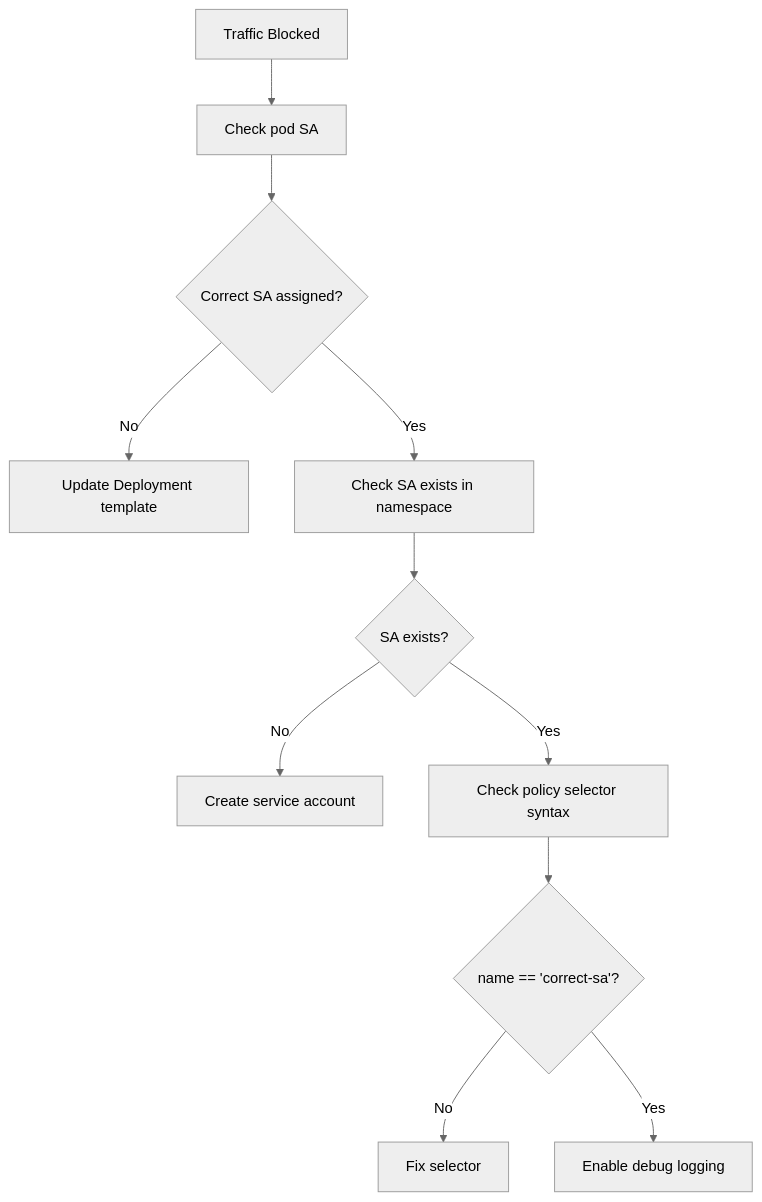
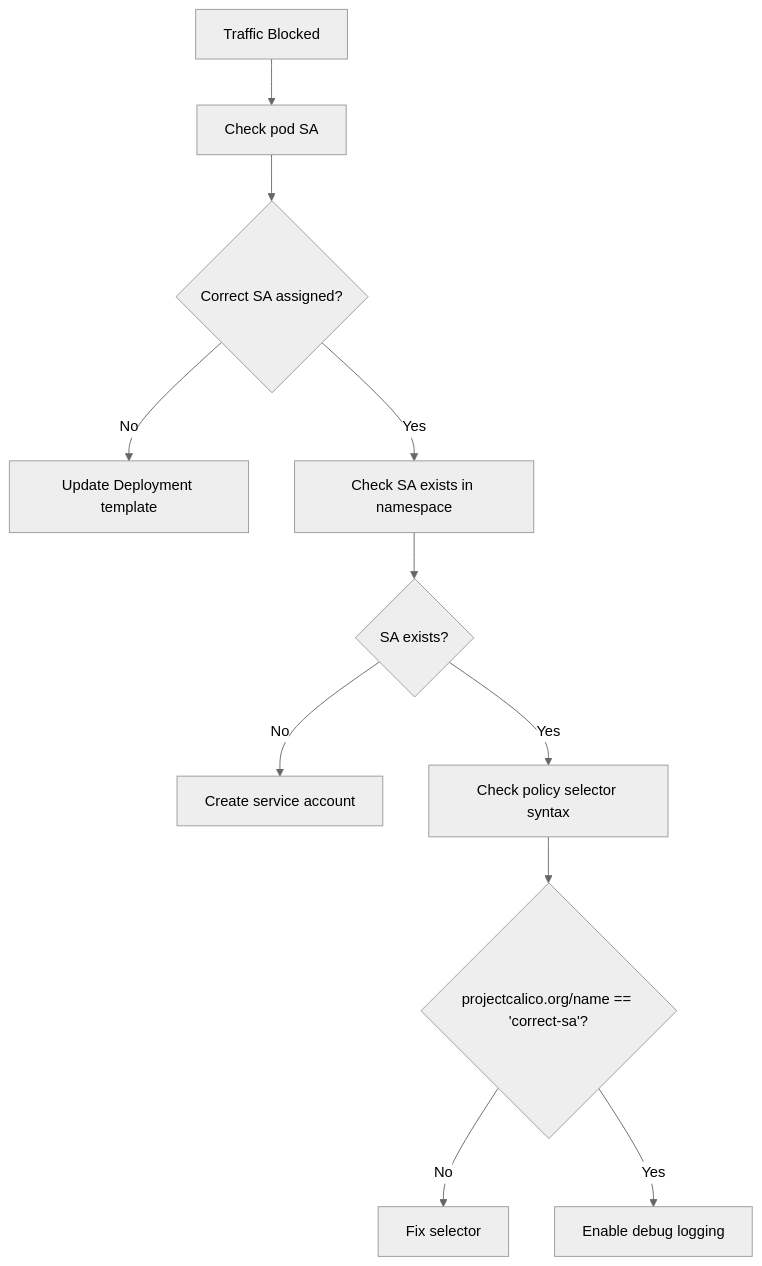
The diagram in posts/2026-03-13-debug-service-account-policies-calico-blocked/README.md (OneUptime/blog), drawn with Mermaid (neutral theme) before and after one commit. The commit also changed other lines of this file and 2 other files, not shown here.

````diff
--- a/posts/2026-03-13-debug-service-account-policies-calico-blocked/README.md
+++ b/posts/2026-03-13-debug-service-account-policies-calico-blocked/README.md
@@ -78,13 +80,13 @@
 ```mermaid
 flowchart TD
     A[Traffic Blocked] --> B[Check pod SA]
     B --> C{Correct SA assigned?}
     C -->|No| D[Update Deployment template]
     C -->|Yes| E[Check SA exists in namespace]
     E --> F{SA exists?}
     F -->|No| G[Create service account]
     F -->|Yes| H[Check policy selector syntax]
-    H --> I{name == 'correct-sa'?}
+    H --> I{projectcalico.org/name == 'correct-sa'?}
     I -->|No| J[Fix selector]
     I -->|Yes| K[Enable debug logging]
 ```
````
